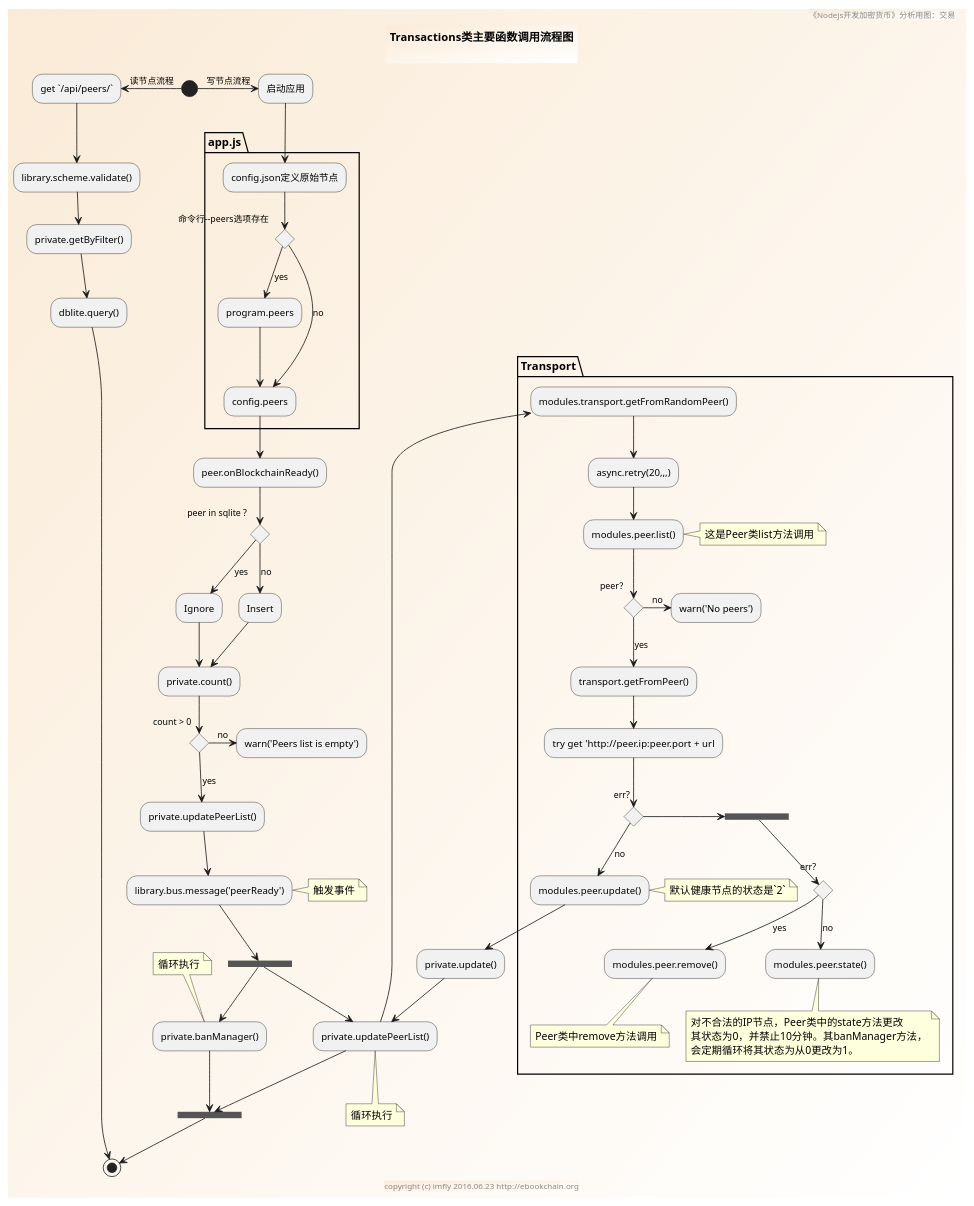
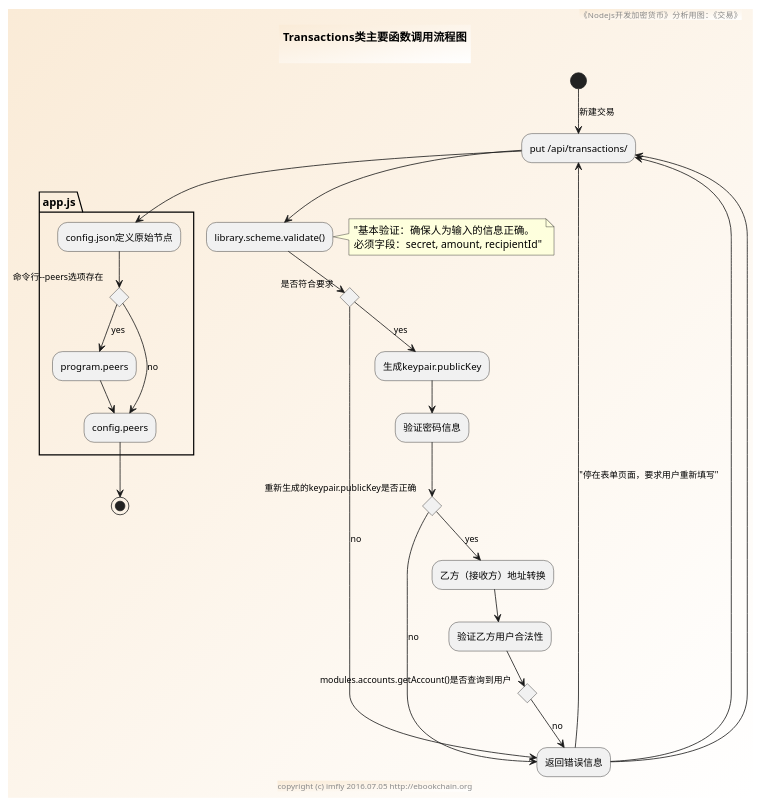
Before and after one commit to brightmanforever022/bitcoin-on-nodejs: the diagram in sources/modules/transactions/activity.pu, drawn with PlantUML. The commit also changed 5 other files, not shown here.

```diff
--- a/sources/modules/transactions/activity.pu
+++ b/sources/modules/transactions/activity.pu
@@ -1,94 +1,50 @@
 @startuml ../../../styles/images/modules/transactions/transactions-activity.png
 skinparam BorderColor #blue\9932CC
 skinparam backgroundcolor AntiqueWhite/white
 
 title
 Transactions类主要函数调用流程图
 
 end title
 
-footer copyright (c) imfly 2016.06.23 http://ebookchain.org
-header 《Nodejs开发加密货币》分析用图：交易
+footer copyright (c) imfly 2016.07.05 http://ebookchain.org
+header 《Nodejs开发加密货币》分析用图：《交易》
 
-(*) -left-> [读节点流程] "get `/api/peers/`"
+(*)--> [新建交易] "put /api/transactions/" as form
 --> library.scheme.validate()
---> private.getByFilter()
---> dblite.query()
---> (*)
-
-(*) -right-> [写节点流程] 启动应用
+note right
+"基本验证：确保人为输入的信息正确。
+必须字段：secret, amount, recipientId"
+end note
+if "是否符合要求" then
+--> [no] "返回错误信息"
+-left-> ["停在表单页面，要求用户重新填写"] form
+else
+--> [yes] "生成keypair.publicKey"
+--> 验证密码信息
+    if "重新生成的keypair.publicKey是否正确" then
+    --> [no] "返回错误信息"
+    --> form
+    else
+    --> [yes] "乙方（接收方）地址转换"
+    --> "验证乙方用户合法性"
+        if "modules.accounts.getAccount()是否查询到用户" then
+        --> [no] "返回错误信息"
+        --> form
+        endif
+    endif
+endif
 
 ' app.js启动命令
 partition app.js {
   --> config.json定义原始节点
   if "命令行--peers选项存在" then
   -->[yes] program.peers
   --> "config.peers" as peers
   else
   --> [no] peers
   endif
 }
 
-' 区块链加载完毕
---> peer.onBlockchainReady()
-if peer in sqlite ? then
---> [yes] Ignore
---> "private.count()" as count
-else
---> [no] Insert
---> count
-endif
-
-if count > 0 then
--right-> [no] warn('Peers list is empty')
-else
--->[yes] private.updatePeerList()
---> library.bus.message('peerReady')
-note right: 触发事件
-
-' 第一个循环：检验节点，删除或更新
---> ==b1==
---> "private.updatePeerList()" as updatePeerList
-partition Transport {
-  --> modules.transport.getFromRandomPeer()
-  --> async.retry(20,,,)
-  --> modules.peer.list()
-  note right: 这是Peer类list方法调用
-  if peer？ then
-  -right-> [no] warn('No peers')
-  else
-  --> [yes] transport.getFromPeer()
-  --> try get 'http://peer.ip:peer.port + url
-    if err? then
-    -right-> ==b3==
-      if err? then
-      --> [yes] modules.peer.remove()
-      note bottom: Peer类中remove方法调用
-      else
-      --> [no] modules.peer.state()
-      note bottom
-      对不合法的IP节点，Peer类中的state方法更改
-      其状态为0，并禁止10分钟。其banManager方法，
-      会定期循环将其状态为从0更改为1。
-      end note
-      endif
-    else
-    --> [no] modules.peer.update()
-    note right: 默认健康节点的状态是`2`
-    endif
-  endif
-}
--down-> private.update()
---> updatePeerList
-note bottom: 循环执行
---> ==b2==
-
-' 第二个循环：更新状态
-==b1== --> private.banManager()
-note top: 循环执行
---> ==b2==
-
-endif
-
 --> (*)
 @enduml
```
